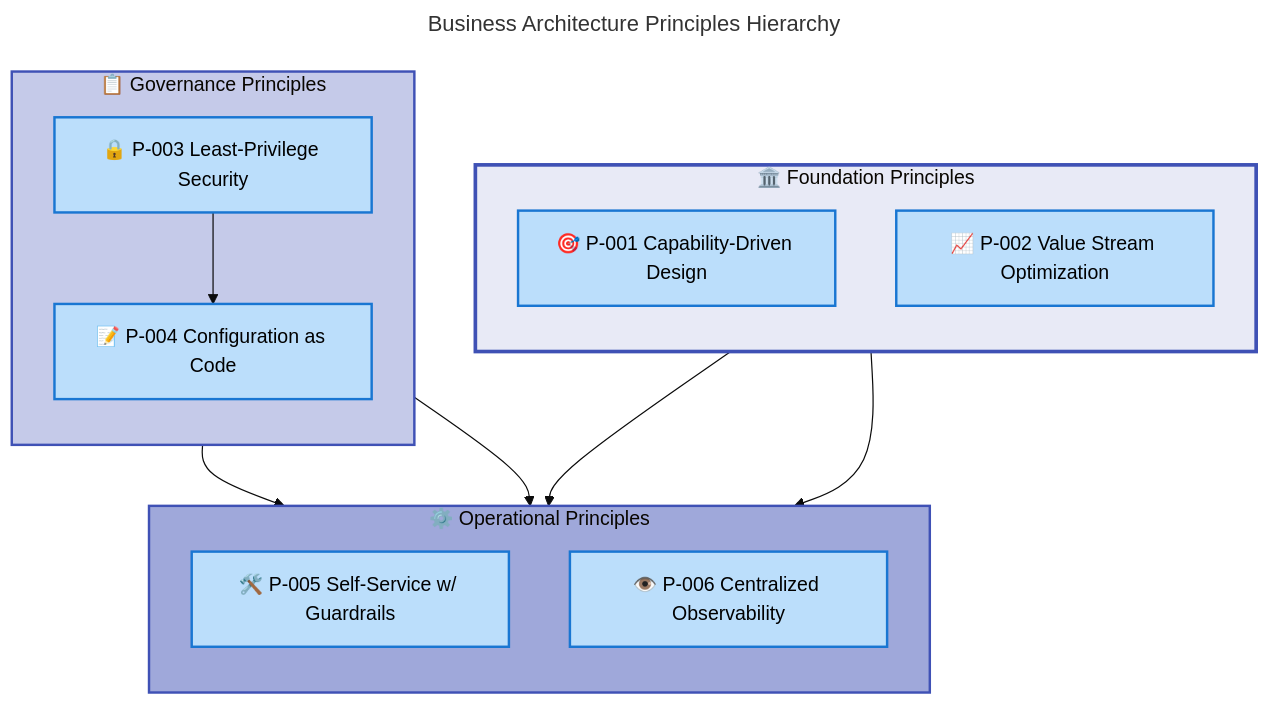
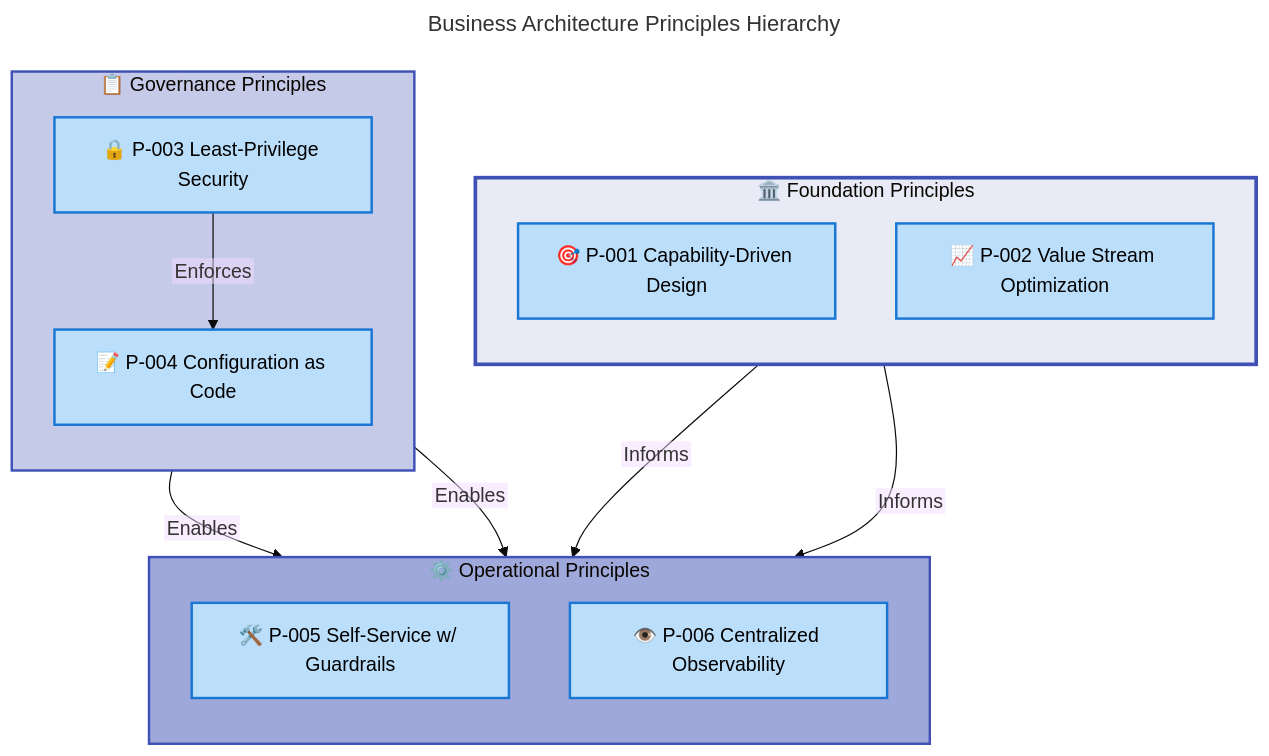
Before and after one commit to Evilazaro/DevExp-DevBox: the third of 5 diagrams in docs/Business-Architecture-BDAT.md, drawn with Mermaid. The commit also changed other lines of this file, not shown here.

Commit message:
Refine flowchart connections in Business Architecture Document for improved clarity and understanding

````diff
--- a/docs/Business-Architecture-BDAT.md
+++ b/docs/Business-Architecture-BDAT.md
@@ -536,51 +536,51 @@
 ```mermaid
 ---
 title: Business Architecture Principles Hierarchy
 config:
   theme: base
   flowchart:
     htmlLabels: false
 ---
 flowchart TD
     accTitle: Principles Hierarchy showing relationships between architectural principles
     accDescr: Hierarchical structure of business architecture principles with dependencies
 
     %% STANDARD COLOR SCHEME v2.1 - Material Design 3
     %% Hierarchical Colors (Structural Nesting)
     classDef level1Group fill:#E8EAF6,stroke:#3F51B5,stroke-width:3px,color:#000
     classDef level2Group fill:#C5CAE9,stroke:#3F51B5,stroke-width:2px,color:#000
     classDef level3Group fill:#9FA8DA,stroke:#3F51B5,stroke-width:2px,color:#000
 
     %% Semantic Colors (Functional Content)
     classDef mdBlue fill:#BBDEFB,stroke:#1976D2,stroke-width:2px,color:#000
 
     subgraph foundation["🏛️ Foundation Principles"]
         direction TB
         p1["🎯 P-001 Capability-Driven Design"]:::mdBlue
         p2["📈 P-002 Value Stream Optimization"]:::mdBlue
     end
 
     subgraph governance["📋 Governance Principles"]
         direction TB
         p3["🔒 P-003 Least-Privilege Security"]:::mdBlue
         p4["📝 P-004 Configuration as Code"]:::mdBlue
     end
 
     subgraph operational["⚙️ Operational Principles"]
         direction TB
         p5["🛠️ P-005 Self-Service w/ Guardrails"]:::mdBlue
         p6["👁️ P-006 Centralized Observability"]:::mdBlue
     end
 
-    p1 --> p5
-    p2 --> p5
-    p3 --> p4
-    p4 --> p5
-    p4 --> p6
+    p1 -->|"Informs"| p5
+    p2 -->|"Informs"| p5
+    p3 -->|"Enforces"| p4
+    p4 -->|"Enables"| p5
+    p4 -->|"Enables"| p6
 
     style foundation fill:#E8EAF6,stroke:#3F51B5,stroke-width:3px
     style governance fill:#C5CAE9,stroke:#3F51B5,stroke-width:2px
     style operational fill:#9FA8DA,stroke:#3F51B5,stroke-width:2px
 
     %% Accessibility: WCAG AA verified (4.5:1 contrast ratio)
 ```
````
